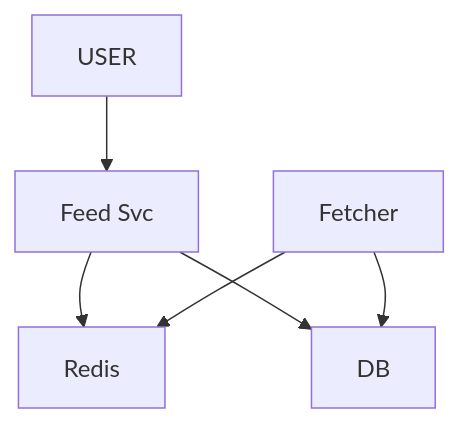
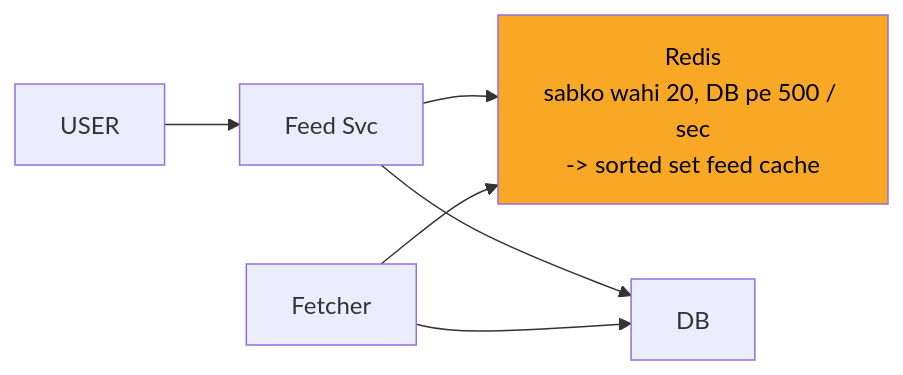
The second of 11 diagrams in 04_HLD/SYSTEM_DESIGNS/08_news_aggregator/08_news_aggregator_INTERVIEW.md (ArpanMaheshwari144/Prep), drawn with Mermaid before and after one commit. The commit also changed other lines of this file and 2 other files, not shown here.

Commit message:
news, bookmyshow, cache: one-day story, short cards, follow-ups with rules, highlighted diagrams

````diff
--- a/04_HLD/SYSTEM_DESIGNS/08_news_aggregator/08_news_aggregator_INTERVIEW.md
+++ b/04_HLD/SYSTEM_DESIGNS/08_news_aggregator/08_news_aggregator_INTERVIEW.md
@@ -70,13 +84,14 @@
 ```mermaid
-flowchart TD
+flowchart LR
     n_USER["USER"]
     n_Feed_Svc["Feed Svc"]
-    n_Redis["Redis"]
+    n_Redis["Redis<br/>sabko wahi 20, DB pe 500 / sec<br/>-> sorted set feed cache"]
     n_DB["DB"]
     n_Fetcher["Fetcher"]
     n_USER --> n_Feed_Svc
     n_Feed_Svc --> n_Redis
     n_Feed_Svc --> n_DB
     n_Fetcher --> n_DB
     n_Fetcher --> n_Redis
+    style n_Redis fill:#f9a825,color:#000
 ```
````
